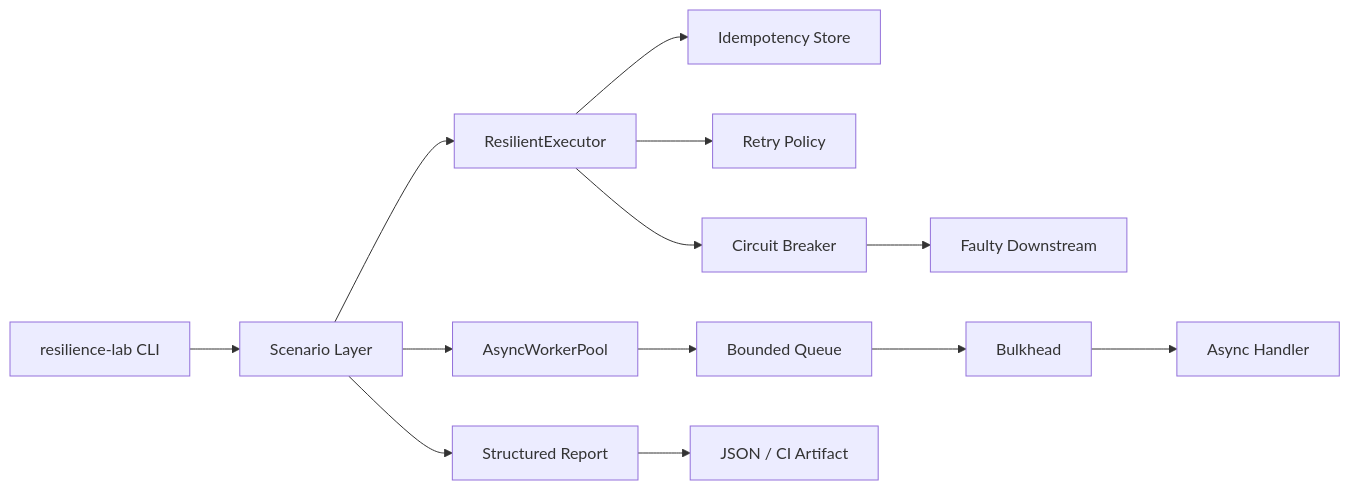
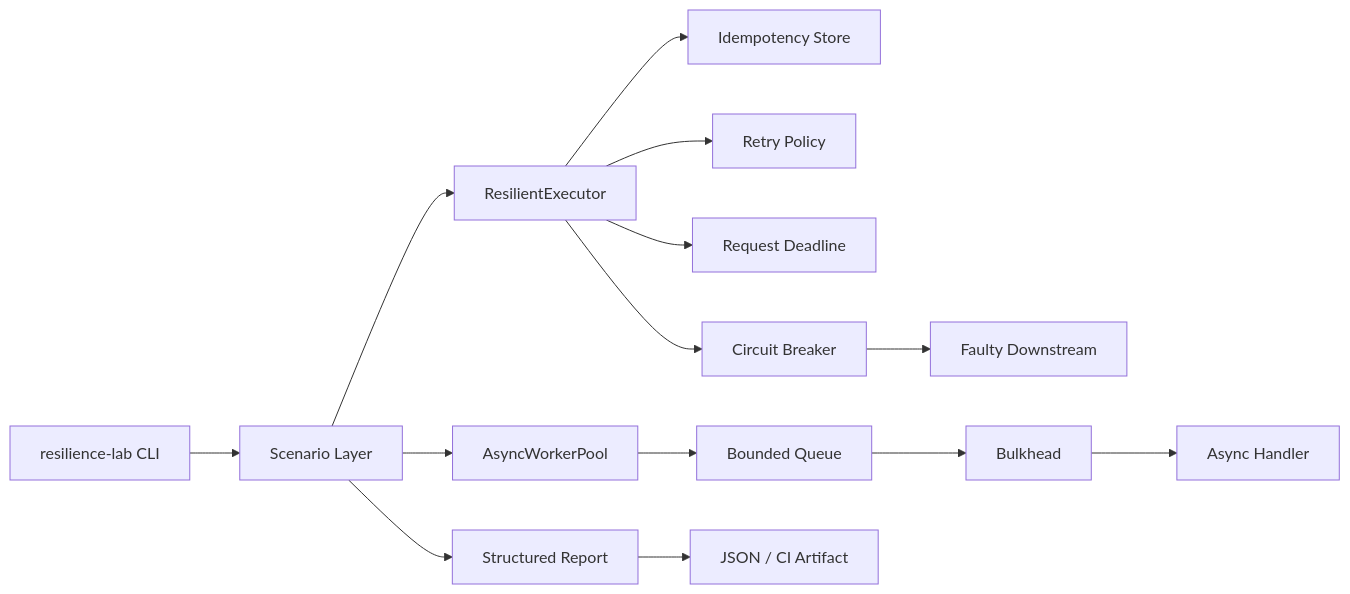
Before and after one commit to cagataykavas/distributed-systems-lab: the diagram in README.md, drawn with Mermaid. The commit also changed other lines of this file and 4 other files, not shown here.

````diff
--- a/README.md
+++ b/README.md
@@ -11,18 +11,19 @@
 ```mermaid
 flowchart LR
     CLI[resilience-lab CLI] --> SC[Scenario Layer]
     SC --> EX[ResilientExecutor]
     SC --> WP[AsyncWorkerPool]
 
     EX --> ID[Idempotency Store]
     EX --> RT[Retry Policy]
+    EX --> DL[Request Deadline]
     EX --> CB[Circuit Breaker]
     CB --> DS[Faulty Downstream]
 
     WP --> BQ[Bounded Queue]
     BQ --> BH[Bulkhead]
     BH --> AH[Async Handler]
 
     SC --> RP[Structured Report]
     RP --> JSON[JSON / CI Artifact]
 ```
````
